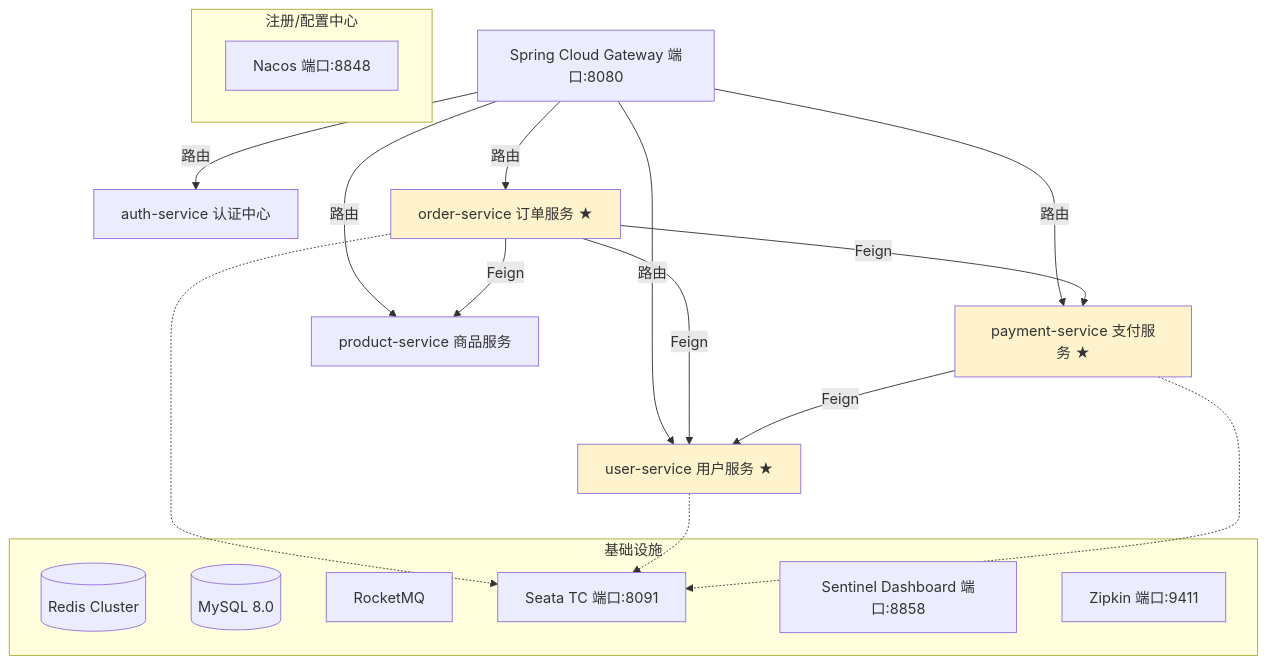
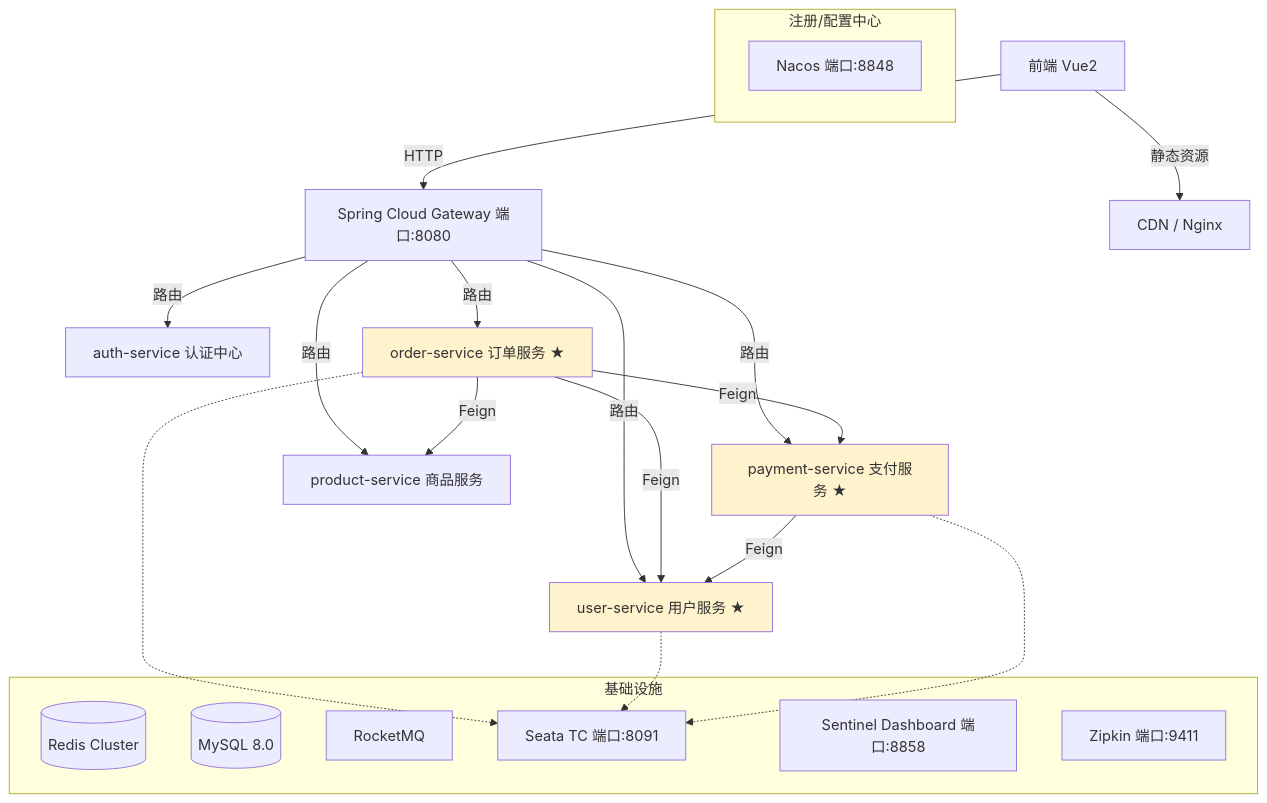
Before and after one commit to yuanyunchu/ai-y: the diagram in project-context/00-global/architecture-baseline.md, drawn with Mermaid. The commit also changed other lines of this file and 6 other files, not shown here.

````diff
--- a/project-context/00-global/architecture-baseline.md
+++ b/project-context/00-global/architecture-baseline.md
@@ -10,34 +10,36 @@
 ```mermaid
 graph TB
-    GW[Spring Cloud Gateway 端口:8080] -->|路由| AUTH[auth-service 认证中心]
+    FE[前端 Vue2] -->|HTTP| GW[Spring Cloud Gateway 端口:8080]
+    GW -->|路由| AUTH[auth-service 认证中心]
     GW -->|路由| ORDER[order-service 订单服务 ★]
     GW -->|路由| USER[user-service 用户服务 ★]
     GW -->|路由| PAY[payment-service 支付服务 ★]
     GW -->|路由| PROD[product-service 商品服务]
 
+    FE -->|静态资源| CDN[CDN / Nginx]
     ORDER -->|Feign| USER
     ORDER -->|Feign| PAY
     ORDER -->|Feign| PROD
     PAY -->|Feign| USER
 
     subgraph "注册/配置中心"
         NACOS[Nacos 端口:8848]
     end
 
     subgraph "基础设施"
         REDIS[(Redis Cluster)]
         MYSQL[(MySQL 8.0)]
         ROCKET[RocketMQ]
         SEATA[Seata TC 端口:8091]
         SENTINEL[Sentinel Dashboard 端口:8858]
         ZIPKIN[Zipkin 端口:9411]
     end
 
     ORDER -.-> SEATA
     USER -.-> SEATA
     PAY -.-> SEATA
 
     style ORDER fill:#fff3cd
     style USER fill:#fff3cd
     style PAY fill:#fff3cd
 ```
````
